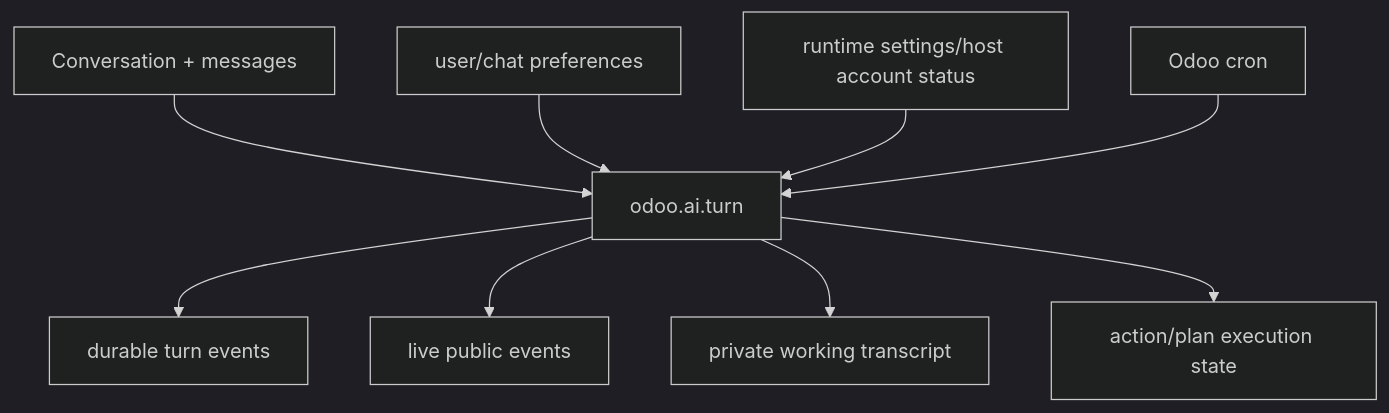
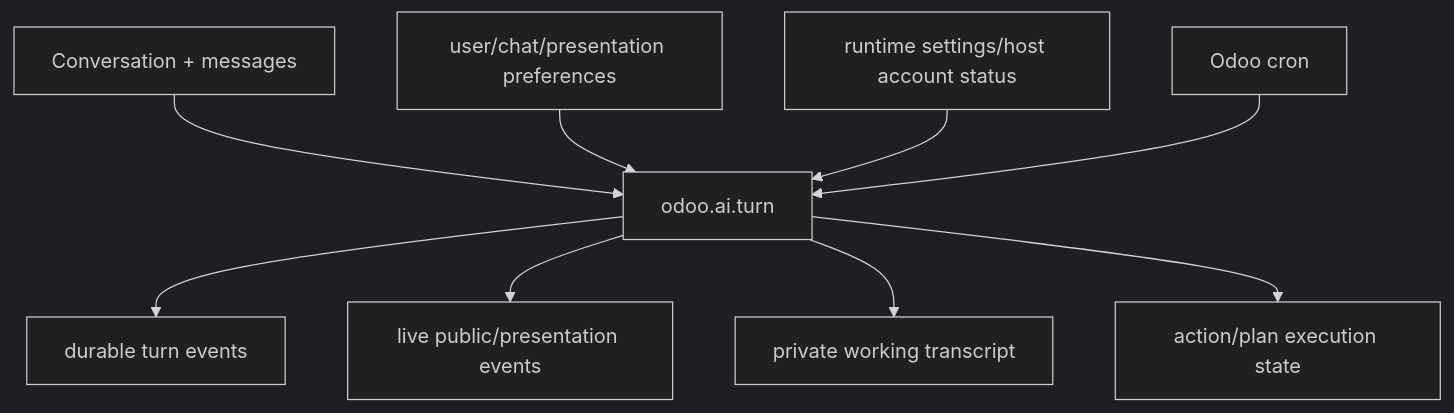
Before and after one commit to CPX-001/ai-odoo-assistant: the diagram in addons/odoo_ai_assistant/models/README.md, drawn with Mermaid (dark theme). The commit also changed other lines of this file, not shown here.

Commit message:
docs(p5.8): document presentation persistence models

````diff
--- a/addons/odoo_ai_assistant/models/README.md
+++ b/addons/odoo_ai_assistant/models/README.md
@@ -5,11 +5,11 @@
 ```mermaid
 flowchart TB
     CONV[Conversation + messages] --> TURN[odoo.ai.turn]
     TURN --> EVENT[durable turn events]
-    TURN --> LIVE[live public events]
+    TURN --> LIVE[live public/presentation events]
     TURN --> WORK[private working transcript]
     TURN --> EFFECT[action/plan execution state]
-    PREF[user/chat preferences] --> TURN
+    PREF[user/chat/presentation preferences] --> TURN
     SETTINGS[runtime settings/host account status] --> TURN
     CRON[Odoo cron] --> TURN
 ```
````
